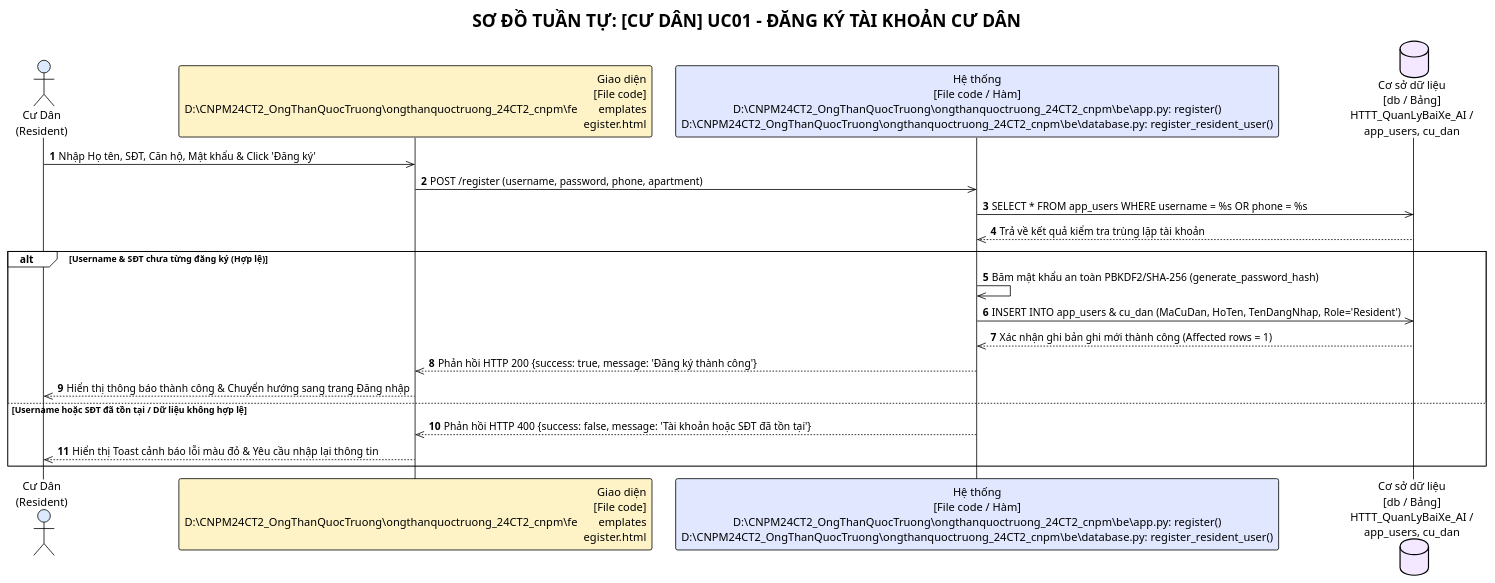
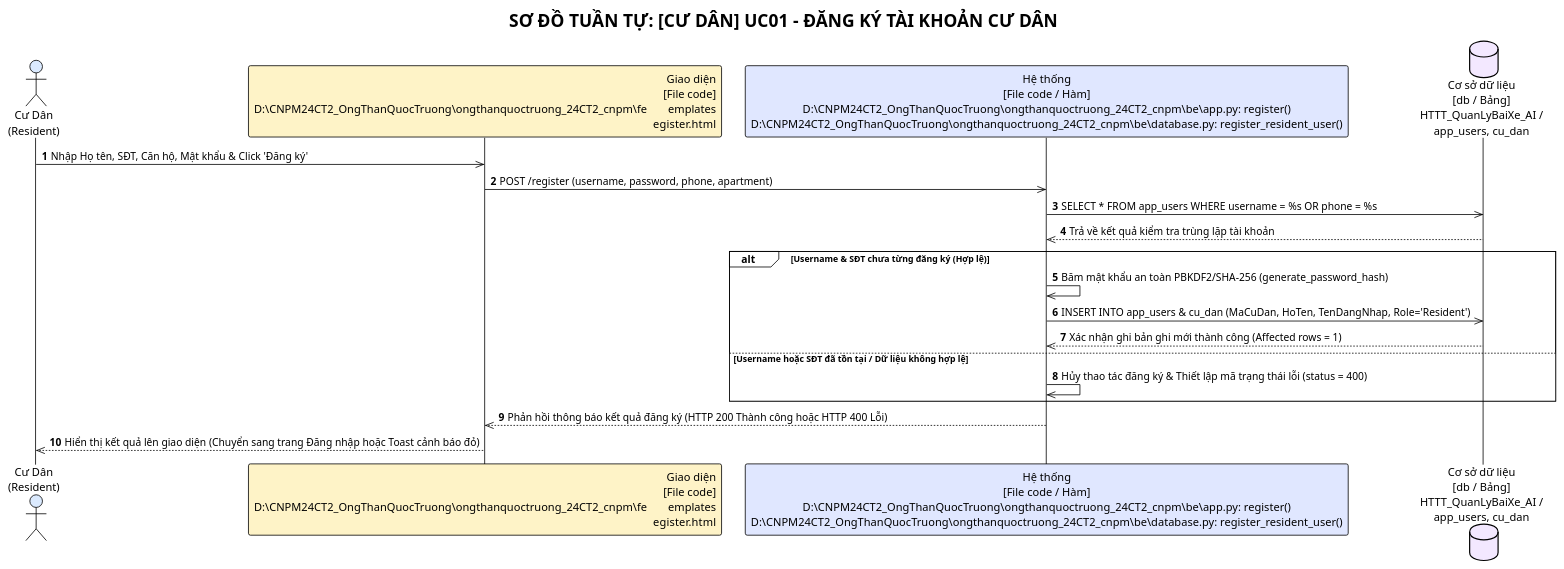
The first of 14 diagrams in ongthanquoctruong_24CT2_cnpm/docs/SEQUENCE_DIAGRAMS.puml (Truong027/CNPM24), drawn with PlantUML before and after one commit. The commit also changed other lines of this file and 17 other files, not shown here.

```diff
--- a/ongthanquoctruong_24CT2_cnpm/docs/SEQUENCE_DIAGRAMS.puml
+++ b/ongthanquoctruong_24CT2_cnpm/docs/SEQUENCE_DIAGRAMS.puml
@@ -13,27 +12,28 @@
 @startuml uc01_resident_register
 !theme plain
 title SƠ ĐỒ TUẦN TỰ: [CƯ DÂN] UC01 - ĐĂNG KÝ TÀI KHOẢN CƯ DÂN
 autonumber
 
 actor "Cư Dân\n(Resident)" as Actor #DBEAFE
 participant "Giao diện\n[File code]\nD:\CNPM24CT2_OngThanQuocTruong\ongthanquoctruong_24CT2_cnpm\fe\templates\register.html" as UI #FEF3C7
 participant "Hệ thống\n[File code / Hàm]\nD:\CNPM24CT2_OngThanQuocTruong\ongthanquoctruong_24CT2_cnpm\be\app.py: register()\nD:\CNPM24CT2_OngThanQuocTruong\ongthanquoctruong_24CT2_cnpm\be\database.py: register_resident_user()" as Sys #E0E7FF
 database "Cơ sở dữ liệu\n[db / Bảng]\nHTTT_QuanLyBaiXe_AI /\napp_users, cu_dan" as DB #F3E8FF
 
 Actor ->> UI: Nhập Họ tên, SĐT, Căn hộ, Mật khẩu & Click 'Đăng ký'
 UI ->> Sys: POST /register (username, password, phone, apartment)
 Sys ->> DB: SELECT * FROM app_users WHERE username = %s OR phone = %s
 DB -->> Sys: Trả về kết quả kiểm tra trùng lặp tài khoản
 
+' Khung alt chỉ kiểm tra điều kiện trong Hệ thống và Cơ sở dữ liệu
 alt Username & SĐT chưa từng đăng ký (Hợp lệ)
     Sys ->> Sys: Băm mật khẩu an toàn PBKDF2/SHA-256 (generate_password_hash)
     Sys ->> DB: INSERT INTO app_users & cu_dan (MaCuDan, HoTen, TenDangNhap, Role='Resident')
     DB -->> Sys: Xác nhận ghi bản ghi mới thành công (Affected rows = 1)
-    Sys -->> UI: Phản hồi HTTP 200 {success: true, message: 'Đăng ký thành công'}
-    UI -->> Actor: Hiển thị thông báo thành công & Chuyển hướng sang trang Đăng nhập
 else Username hoặc SĐT đã tồn tại / Dữ liệu không hợp lệ
-    Sys -->> UI: Phản hồi HTTP 400 {success: false, message: 'Tài khoản hoặc SĐT đã tồn tại'}
-    UI -->> Actor: Hiển thị Toast cảnh báo lỗi màu đỏ & Yêu cầu nhập lại thông tin
+    Sys ->> Sys: Hủy thao tác đăng ký & Thiết lập mã trạng thái lỗi (status = 400)
 end
 
+Sys -->> UI: Phản hồi thông báo kết quả đăng ký (HTTP 200 Thành công hoặc HTTP 400 Lỗi)
+UI -->> Actor: Hiển thị kết quả lên giao diện (Chuyển sang trang Đăng nhập hoặc Toast cảnh báo đỏ)
+
 @enduml
```
